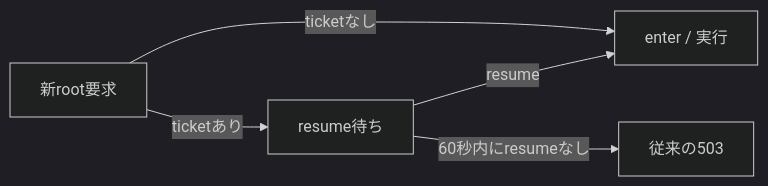
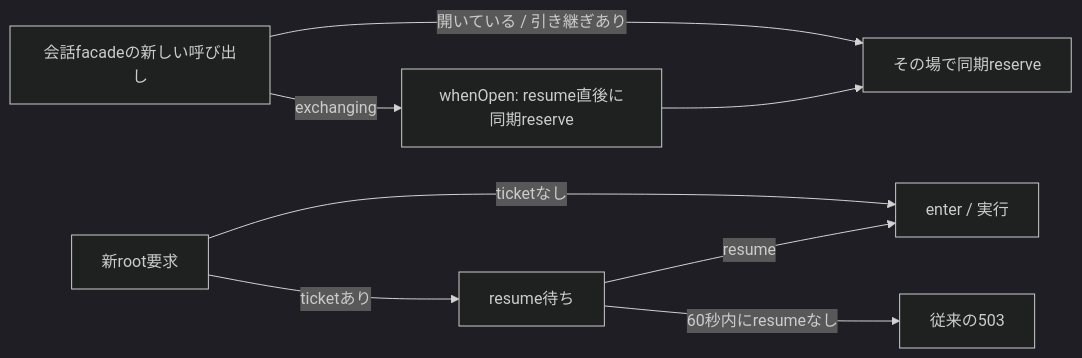
One commit to kitepon/BellTeam changed the second of 3 diagrams in docs/architecture/modules/execution/members-admission.md. Above: the diagram before and after it, drawn with Mermaid (dark theme). The commit also changed other lines of this file and 5 other files, not shown here.

````diff
--- a/docs/architecture/modules/execution/members-admission.md
+++ b/docs/architecture/modules/execution/members-admission.md
@@ -37,7 +38,10 @@
 ```mermaid
 flowchart LR
+  Facade[会話facadeの新しい呼び出し] -->|exchanging| WhenOpen[whenOpen: resume直後に同期reserve]
+  Facade -->|開いている / 引き継ぎあり| Reserve[その場で同期reserve]
+  WhenOpen --> Reserve
   Req[新root要求] -->|ticketなし| Enter[enter / 実行]
   Req -->|ticketあり| Hold[resume待ち]
   Hold -->|resume| Enter
   Hold -->|60秒内にresumeなし| Refuse[従来の503]
 ```
````
